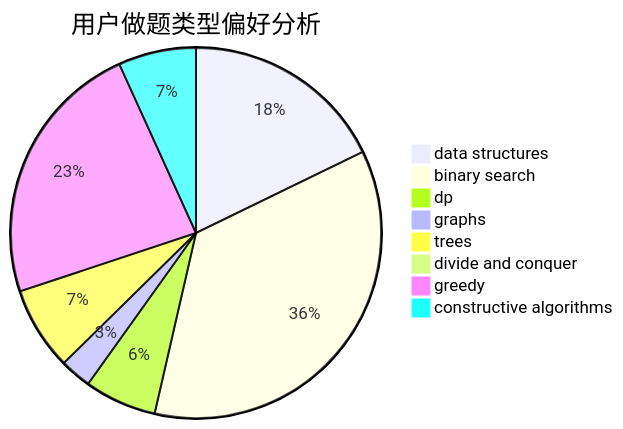
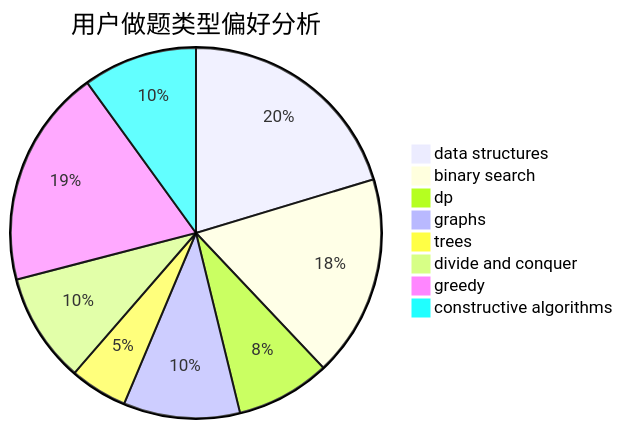
Before and after one commit to sherpahu/cfrs.github.io: the second of 3 diagrams in docs/user/u843.md, drawn with Mermaid. The commit also changed other lines of this file and 2770 other files, not shown here.

````diff
--- a/docs/user/u843.md
+++ b/docs/user/u843.md
@@ -23,11 +23,11 @@
 ```mermaid
 pie title 用户做题类型偏好分析
-    "data structures" :  181
-    "binary search" :  364
-    "dp" :  64
-    "graphs" :  28
-    "trees" :  74
-    "divide and conquer" :  0
-    "greedy" :  237
-    "constructive algorithms" :  69
+    "data structures" :  210
+    "binary search" :  182
+    "dp" :  85
+    "graphs" :  105
+    "trees" :  52
+    "divide and conquer" :  99
+    "greedy" :  197
+    "constructive algorithms" :  103
 ```
````
